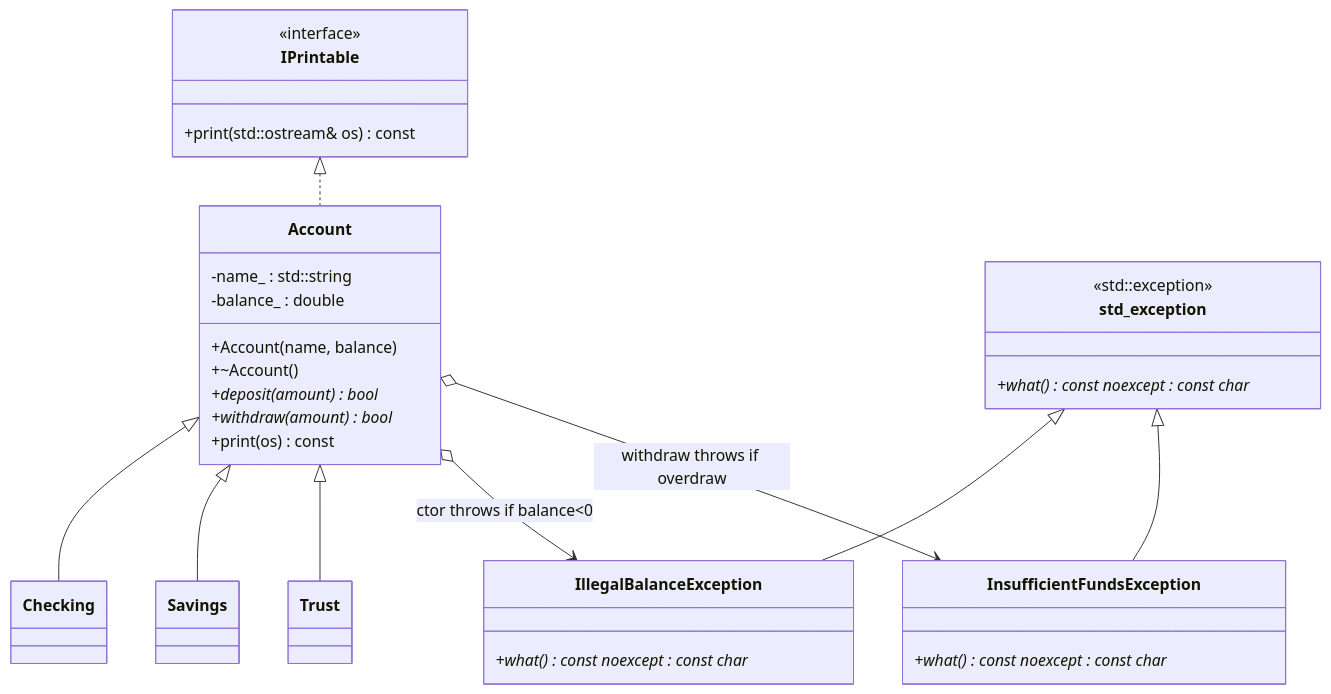
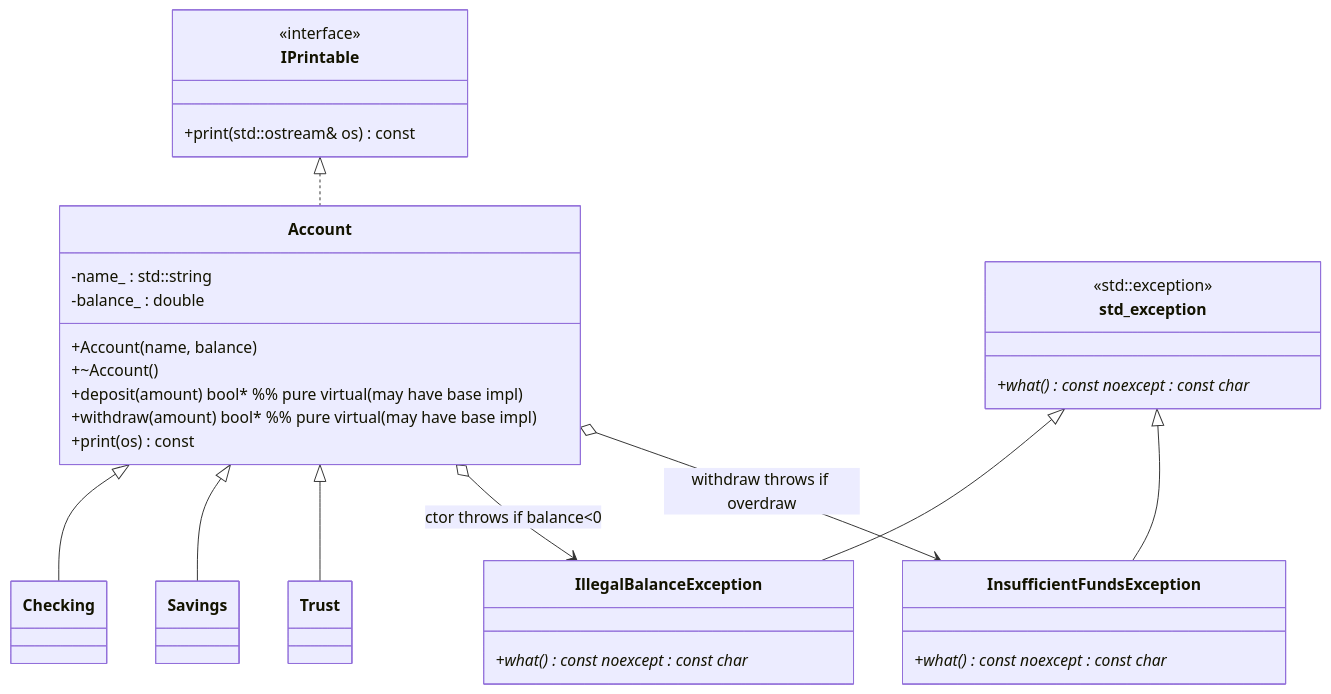
Before and after one commit to RanAlmagor/Cpp-Core-Concepts: the second of 2 diagrams in Polymorphic-Banking-System/Readme.md, drawn with Mermaid. The commit also changed other lines of this file, not shown here.

````diff
--- a/Polymorphic-Banking-System/Readme.md
+++ b/Polymorphic-Banking-System/Readme.md
@@ -89,44 +152,44 @@
 ```mermaid
 classDiagram
 direction TB
 
 class IPrintable {
   <<interface>>
   +print(std::ostream& os) const
 }
 
 class Account {
   -name_ : std::string
   -balance_ : double
   +Account(name, balance)
   +~Account()
-  +deposit(amount) bool*
-  +withdraw(amount) bool*
+  +deposit(amount) bool*   %% pure virtual (may have base impl)
+  +withdraw(amount) bool*  %% pure virtual (may have base impl)
   +print(os) const
 }
 
 class Checking
 class Savings
 class Trust
 
 IPrintable <|.. Account
 Account <|-- Checking
 Account <|-- Savings
 Account <|-- Trust
 
 class std_exception {
   <<std::exception>>
   +what() const noexcept : const char*
 }
 class IllegalBalanceException {
   +what() const noexcept : const char*
 }
 class InsufficientFundsException {
   +what() const noexcept : const char*
 }
 
 std_exception <|-- IllegalBalanceException
 std_exception <|-- InsufficientFundsException
 Account o--> IllegalBalanceException : ctor throws if balance<0
 Account o--> InsufficientFundsException : withdraw throws if overdraw
 ```
````
